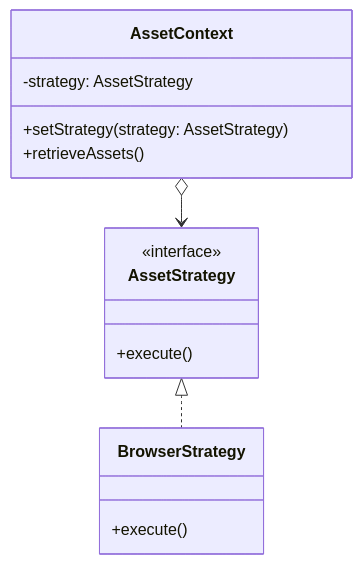
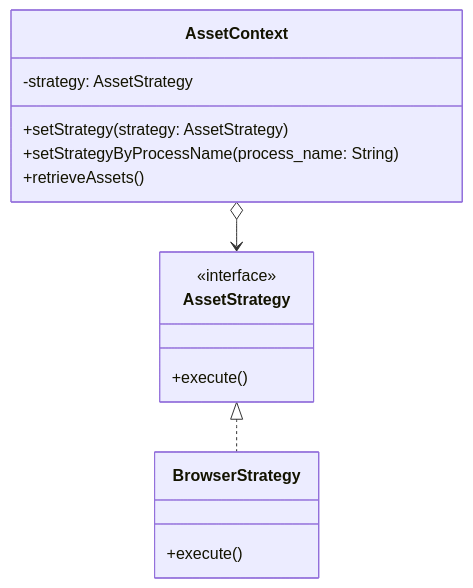
The diagram in apps/docs/src/lib/mermaid/asset-strategy.md (Eurora-Labs/eurora), drawn with Mermaid before and after one commit.

Commit message:
docs(asset-strategy.md): add setStrategyByProcessName

````diff
--- a/apps/docs/src/lib/mermaid/asset-strategy.md
+++ b/apps/docs/src/lib/mermaid/asset-strategy.md
@@ -3,24 +3,26 @@
 ```mermaid
 classDiagram
     AssetContext o--> AssetStrategy
     AssetStrategy <|.. BrowserStrategy
 
     class AssetContext {
         -strategy: AssetStrategy
 
         +setStrategy(strategy: AssetStrategy)
+        +setStrategyByProcessName(process_name: String)
+        
         +retrieveAssets()
     }
 
     class AssetStrategy {
         <<interface>>
 
         +execute()
     }
 
     class BrowserStrategy {
         +execute()
     }
 
 
 ```
````
